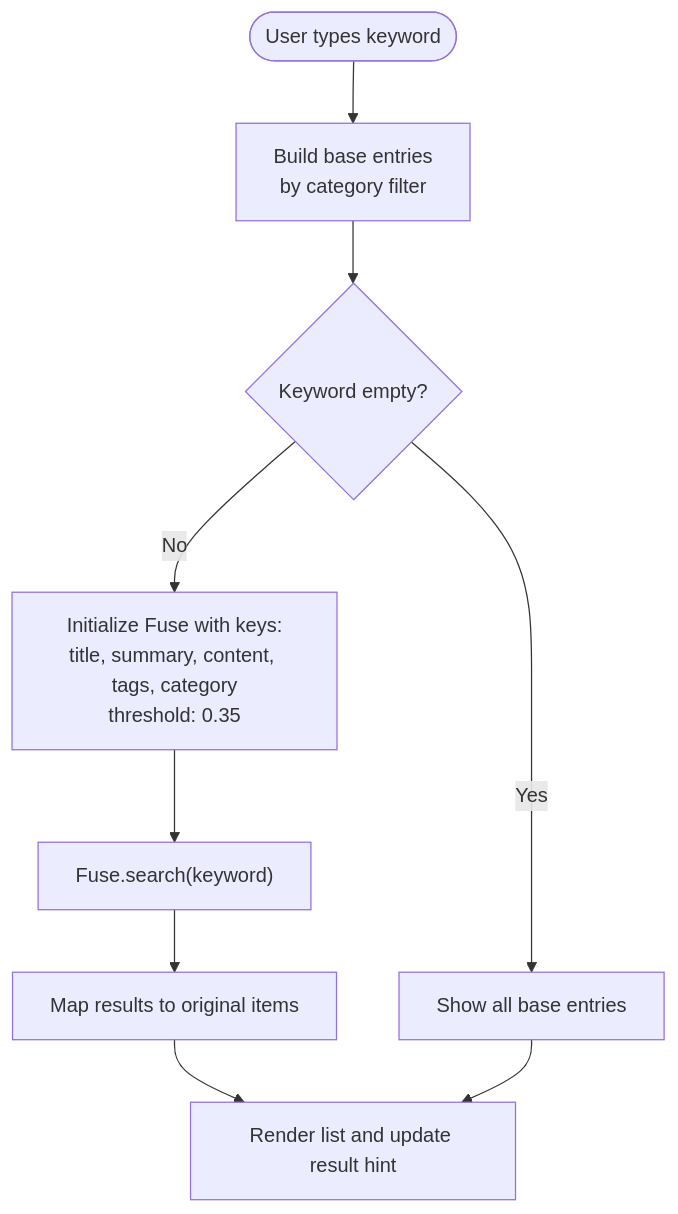
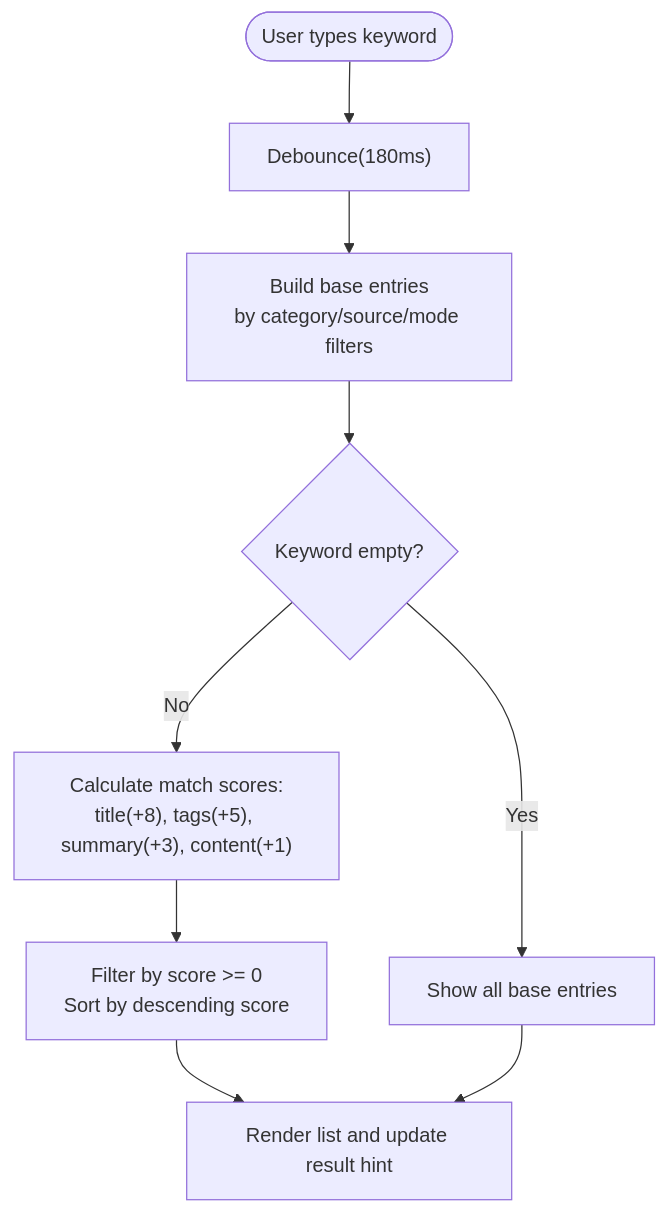
The third of 7 diagrams in .qoder/repowiki/en/content/Knowledge Base System/TA Wiki Frontend.md (treasureGrove/TAWEBTOOL), drawn with Mermaid before and after one commit. The commit also changed other lines of this file and 101 other files, not shown here.

````diff
--- a/.qoder/repowiki/en/content/Knowledge Base System/TA Wiki Frontend.md
+++ b/.qoder/repowiki/en/content/Knowledge Base System/TA Wiki Frontend.md
@@ -125,11 +120,11 @@
 ```mermaid
 flowchart TD
-Start(["User types keyword"]) --> BuildBase["Build base entries<br/>by category filter"]
+Start(["User types keyword"]) --> Debounce["Debounce(180ms)"]
+Debounce --> BuildBase["Build base entries<br/>by category/source/mode filters"]
 BuildBase --> HasKeyword{"Keyword empty?"}
 HasKeyword -- Yes --> ShowAll["Show all base entries"]
-HasKeyword -- No --> InitFuse["Initialize Fuse with keys:<br/>title, summary, content, tags, category<br/>threshold: 0.35"]
-InitFuse --> SearchFuse["Fuse.search(keyword)"]
-SearchFuse --> MapResults["Map results to original items"]
-MapResults --> RenderList["Render list and update result hint"]
+HasKeyword -- No --> ScoreCalc["Calculate match scores:<br/>title(+8), tags(+5), summary(+3), content(+1)"]
+ScoreCalc --> FilterResults["Filter by score >= 0<br/>Sort by descending score"]
+FilterResults --> RenderList["Render list and update result hint"]
 ShowAll --> RenderList
 ```
````
